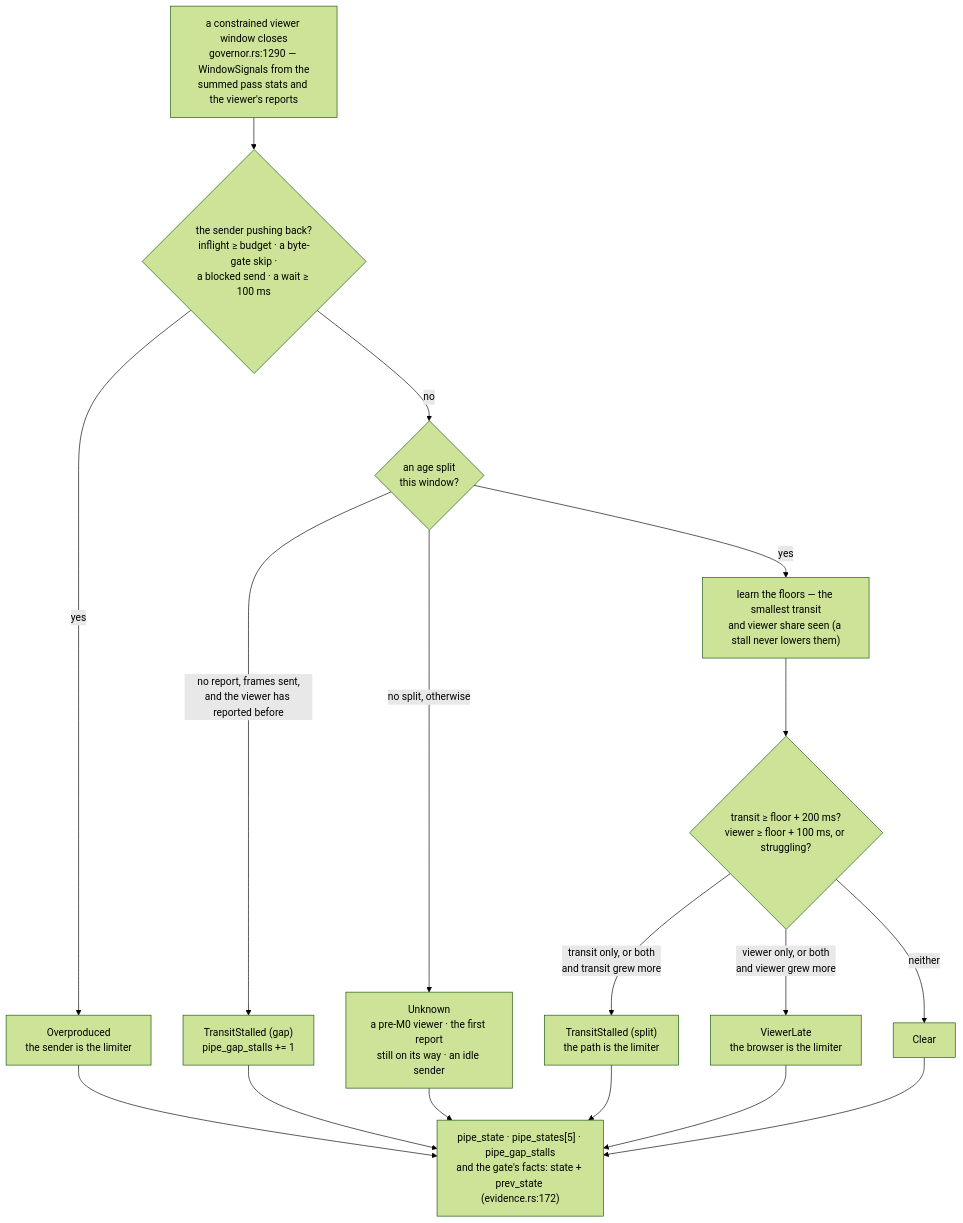
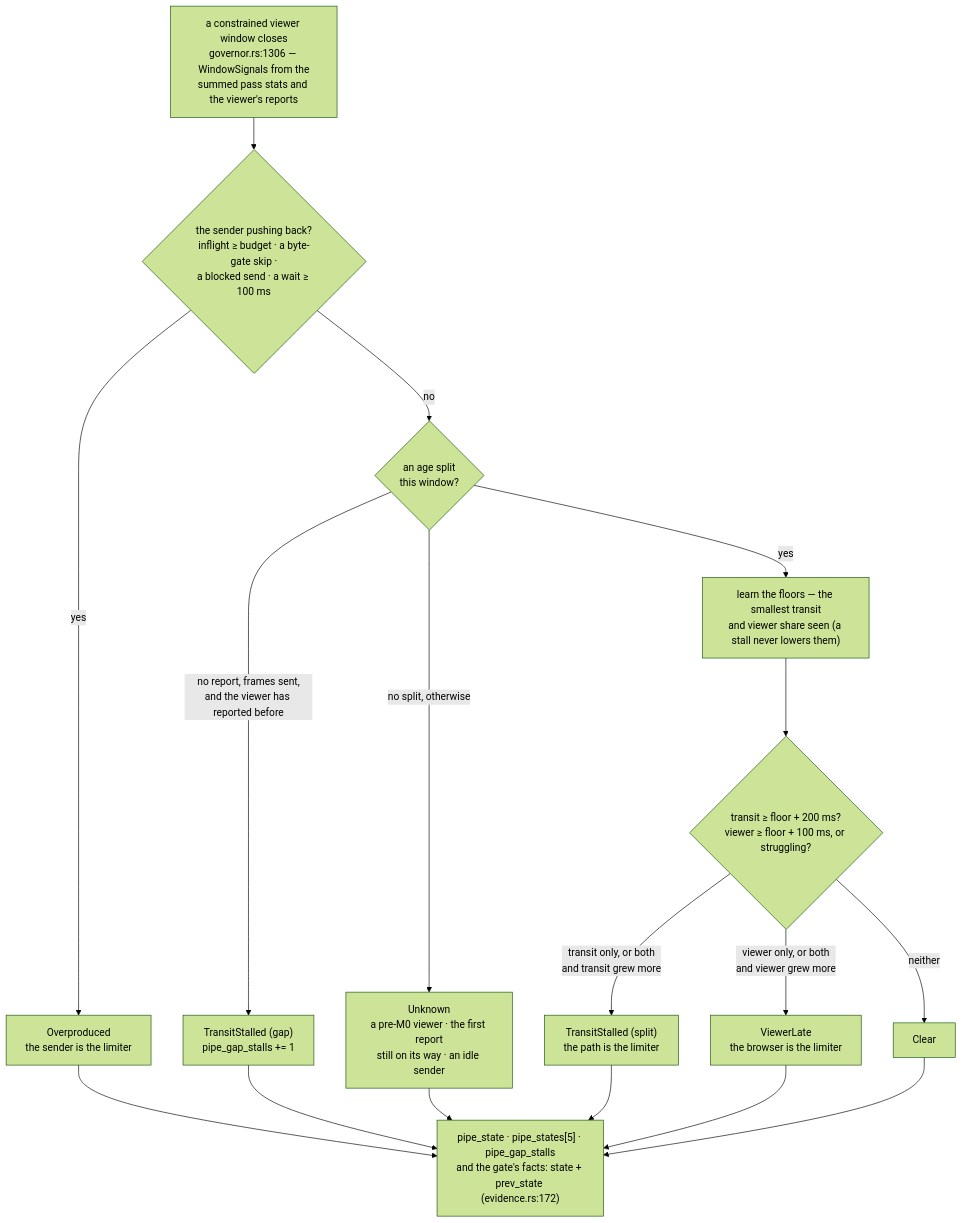
Before and after one commit to gjovanov/roomler-ai: the second of 13 diagrams in docs/rate-control.md, drawn with Mermaid (forest theme). The commit also changed other lines of this file and 26 other files, not shown here.

````diff
--- a/docs/rate-control.md
+++ b/docs/rate-control.md
@@ -139,14 +139,14 @@
 ```mermaid
 flowchart TB
-    W["a constrained viewer window closes<br/>governor.rs:1290 — WindowSignals from the<br/>summed pass stats and the viewer's reports"] --> O{"the sender pushing back?<br/>inflight ≥ budget · a byte-gate skip ·<br/>a blocked send · a wait ≥ 100 ms"}
+    W["a constrained viewer window closes<br/>governor.rs:1306 — WindowSignals from the<br/>summed pass stats and the viewer's reports"] --> O{"the sender pushing back?<br/>inflight ≥ budget · a byte-gate skip ·<br/>a blocked send · a wait ≥ 100 ms"}
     O -- yes --> OP["Overproduced<br/>the sender is the limiter"]
     O -- no --> SP{"an age split<br/>this window?"}
     SP -- "no report, frames sent,<br/>and the viewer has reported before" --> GAP["TransitStalled (gap)<br/>pipe_gap_stalls += 1"]
     SP -- "no split, otherwise" --> UNK["Unknown<br/>a pre-M0 viewer · the first report<br/>still on its way · an idle sender"]
     SP -- yes --> FL["learn the floors — the smallest transit<br/>and viewer share seen (a stall never lowers them)"]
     FL --> X{"transit ≥ floor + 200 ms?<br/>viewer ≥ floor + 100 ms, or struggling?"}
     X -- "transit only, or both<br/>and transit grew more" --> TS["TransitStalled (split)<br/>the path is the limiter"]
     X -- "viewer only, or both<br/>and viewer grew more" --> VL["ViewerLate<br/>the browser is the limiter"]
     X -- neither --> CL["Clear"]
     OP & GAP & UNK & TS & VL & CL --> HB["pipe_state · pipe_states[5] · pipe_gap_stalls<br/>and the gate's facts: state + prev_state (evidence.rs:172)"]
 ```
````
